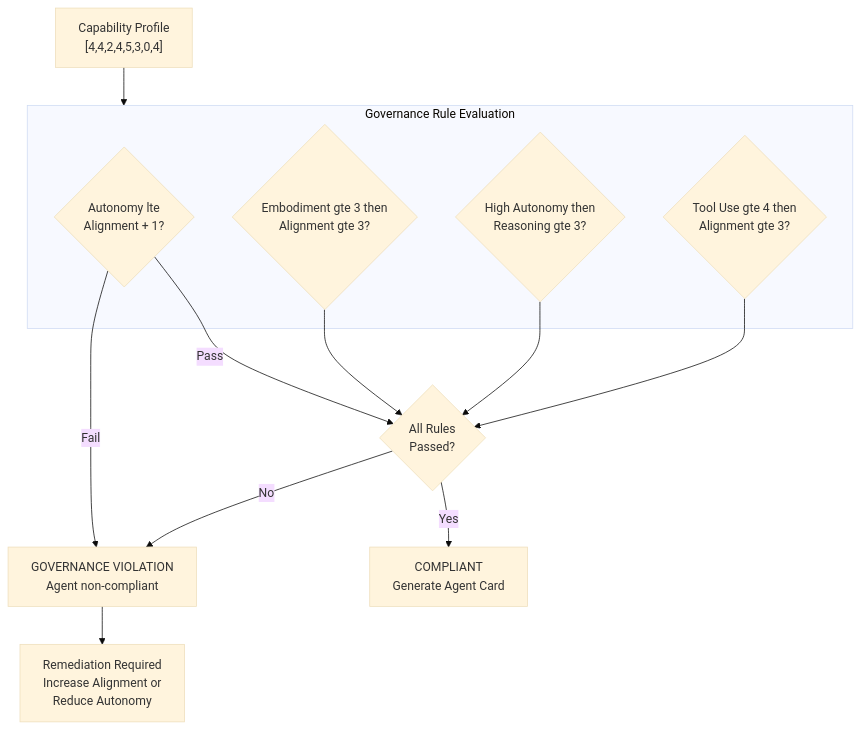
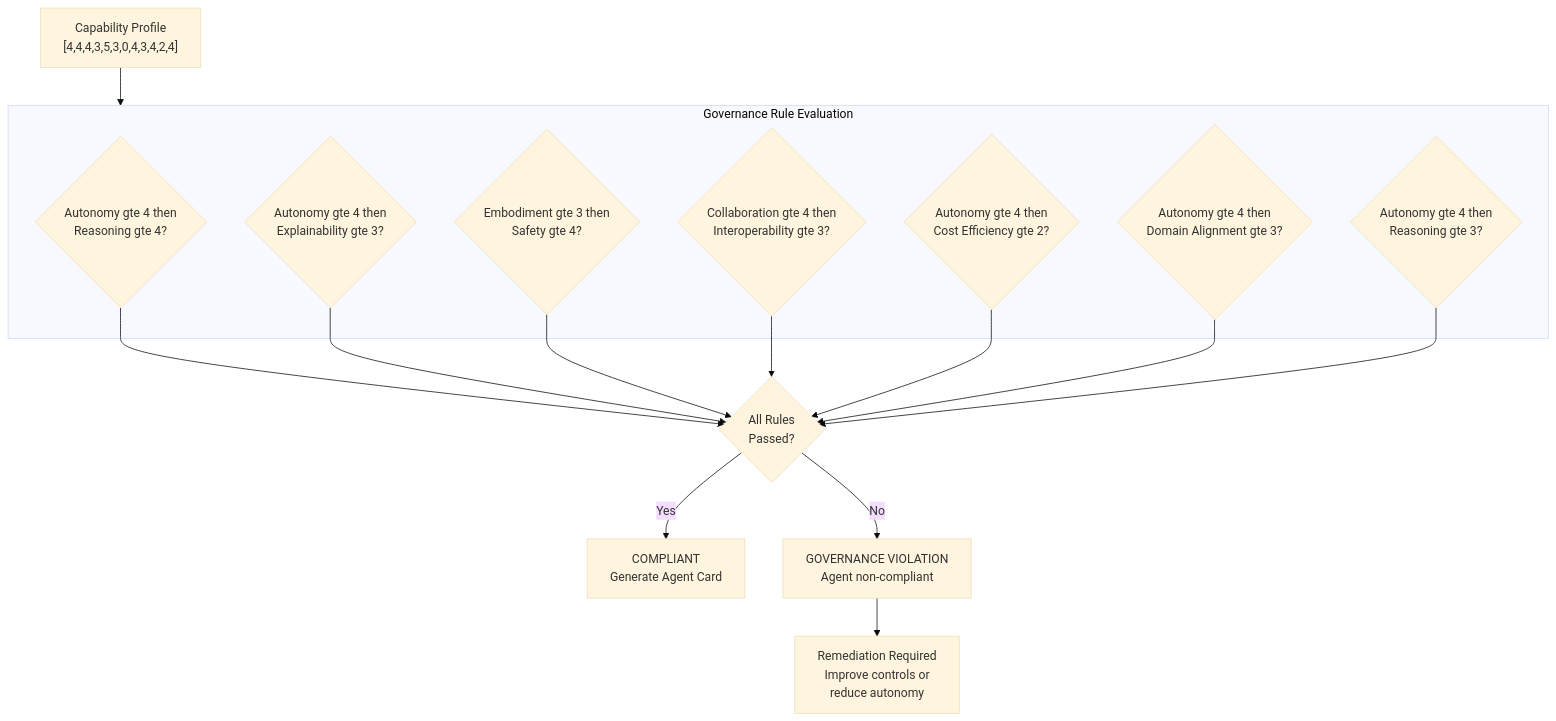
One commit to snchande/Arima-AiCMM changed the fourth of 8 diagrams in docs/architecture/platform-architecture.md. Above: the diagram before and after it, drawn with Mermaid (base theme). The commit also changed other lines of this file and 21 other files, not shown here.

First line of the commit message:
feat: upgrade to 12-dimension Level 0/Level 1 architecture with Empathy & Inclusivity

````diff
--- a/docs/architecture/platform-architecture.md
+++ b/docs/architecture/platform-architecture.md
@@ -211,23 +215,27 @@
 ```mermaid
 flowchart TD
-    Profile["Capability Profile<br/>[4,4,2,4,5,3,0,4]"] --> Rules
+    Profile["Capability Profile<br/>[4,4,4,3,5,3,0,4,3,4,2,4]"] --> Rules
 
     subgraph Rules["Governance Rule Evaluation"]
-        R1{"Autonomy lte<br/>Alignment + 1?"}
-        R2{"Embodiment gte 3 then<br/>Alignment gte 3?"}
-        R3{"High Autonomy then<br/>Reasoning gte 3?"}
-        R4{"Tool Use gte 4 then<br/>Alignment gte 3?"}
+        R1{"Autonomy gte 4 then<br/>Reasoning gte 4?"}
+        R2{"Autonomy gte 4 then<br/>Explainability gte 3?"}
+        R3{"Embodiment gte 3 then<br/>Safety gte 4?"}
+        R4{"Collaboration gte 4 then<br/>Interoperability gte 3?"}
+        R5{"Autonomy gte 4 then<br/>Cost Efficiency gte 2?"}
+        R6{"Autonomy gte 4 then<br/>Domain Alignment gte 3?"}
+        R7{"Autonomy gte 4 then<br/>Reasoning gte 3?"}
     end
 
-    R1 -->|Pass| Check2
-    R1 -->|Fail| Violation["GOVERNANCE VIOLATION<br/>Agent non-compliant"]
-
-    R2 --> Check2{All Rules<br/>Passed?}
+    R1 --> Check2
+    R2 --> Check2
     R3 --> Check2
     R4 --> Check2
+    R5 --> Check2
+    R6 --> Check2
+    R7 --> Check2
 
-    Check2 -->|Yes| Compliant["COMPLIANT<br/>Generate Agent Card"]
-    Check2 -->|No| Violation
+    Check2{All Rules<br/>Passed?} -->|Yes| Compliant["COMPLIANT<br/>Generate Agent Card"]
+    Check2 -->|No| Violation["GOVERNANCE VIOLATION<br/>Agent non-compliant"]
 
-    Violation --> Remediate["Remediation Required<br/>Increase Alignment or<br/>Reduce Autonomy"]
+    Violation --> Remediate["Remediation Required<br/>Improve controls or<br/>reduce autonomy"]
 ```
````
